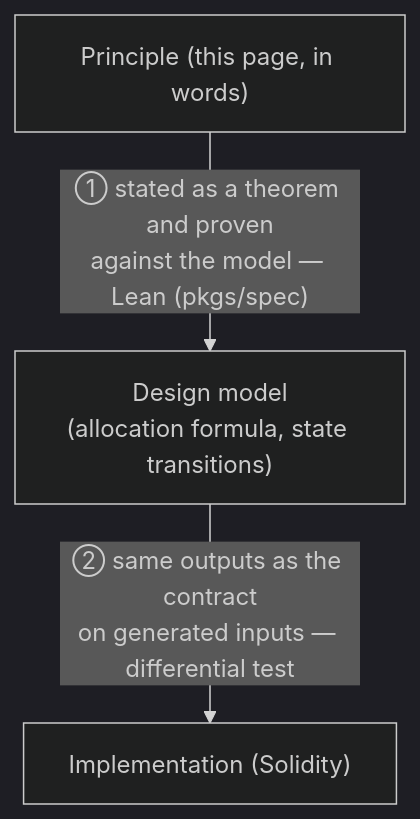
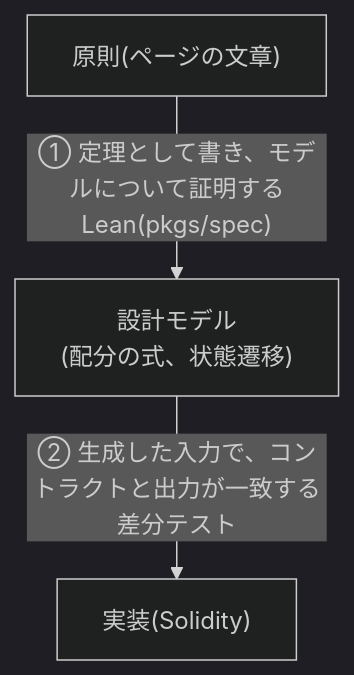
Before and after one commit to hackdays-io/toban: the diagram in pkgs/document/docs/protocol/index.md, drawn with Mermaid (dark theme). The commit also changed other lines of this file and 16 other files, not shown here.

````diff
--- a/pkgs/document/docs/protocol/index.md
+++ b/pkgs/document/docs/protocol/index.md
@@ -24,5 +24,5 @@
 ```mermaid
 flowchart TB
-  P["Principle (this page, in words)"] -- "① stated as a theorem and proven<br/>against the model — Lean (pkgs/spec)" --> M["Design model<br/>(allocation formula, state transitions)"]
-  M -- "② same outputs as the contract<br/>on generated inputs — differential test" --> I["Implementation (Solidity)"]
+  P["原則(ページの文章)"] -- "① 定理として書き、モデルについて証明する<br/>Lean(pkgs/spec)" --> M["設計モデル<br/>(配分の式、状態遷移)"]
+  M -- "② 生成した入力で、コントラクトと出力が一致する<br/>差分テスト" --> I["実装(Solidity)"]
 ```
````
